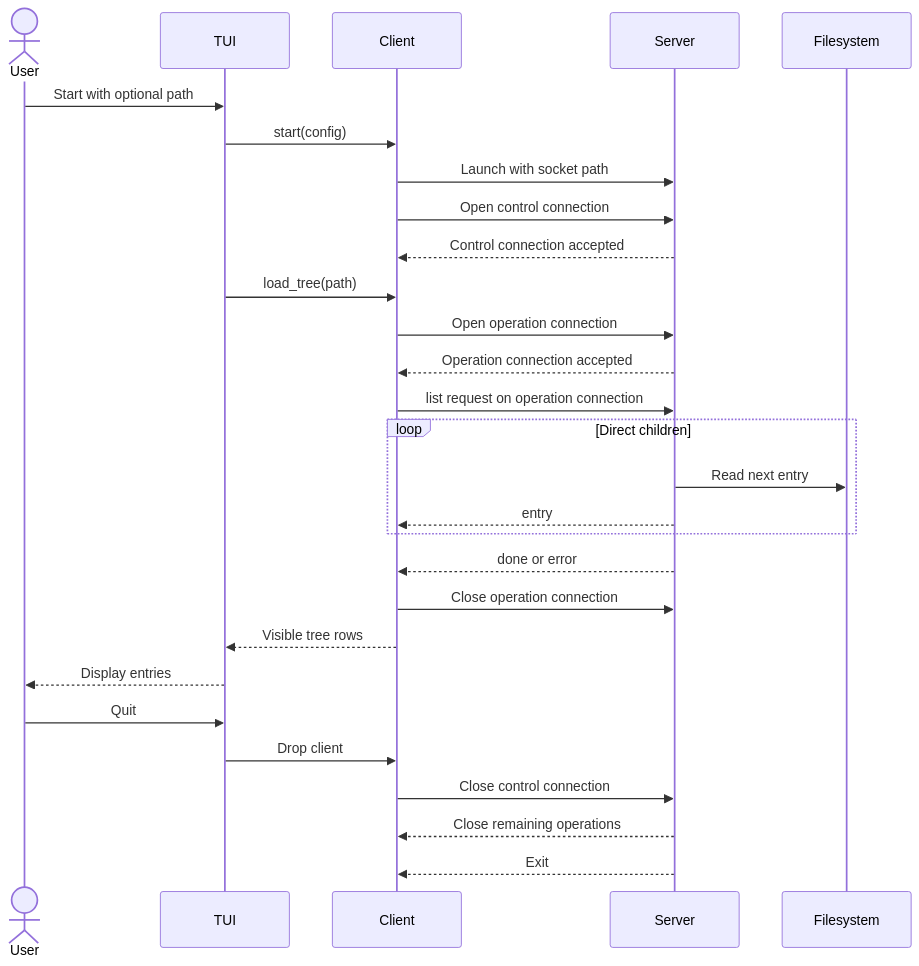
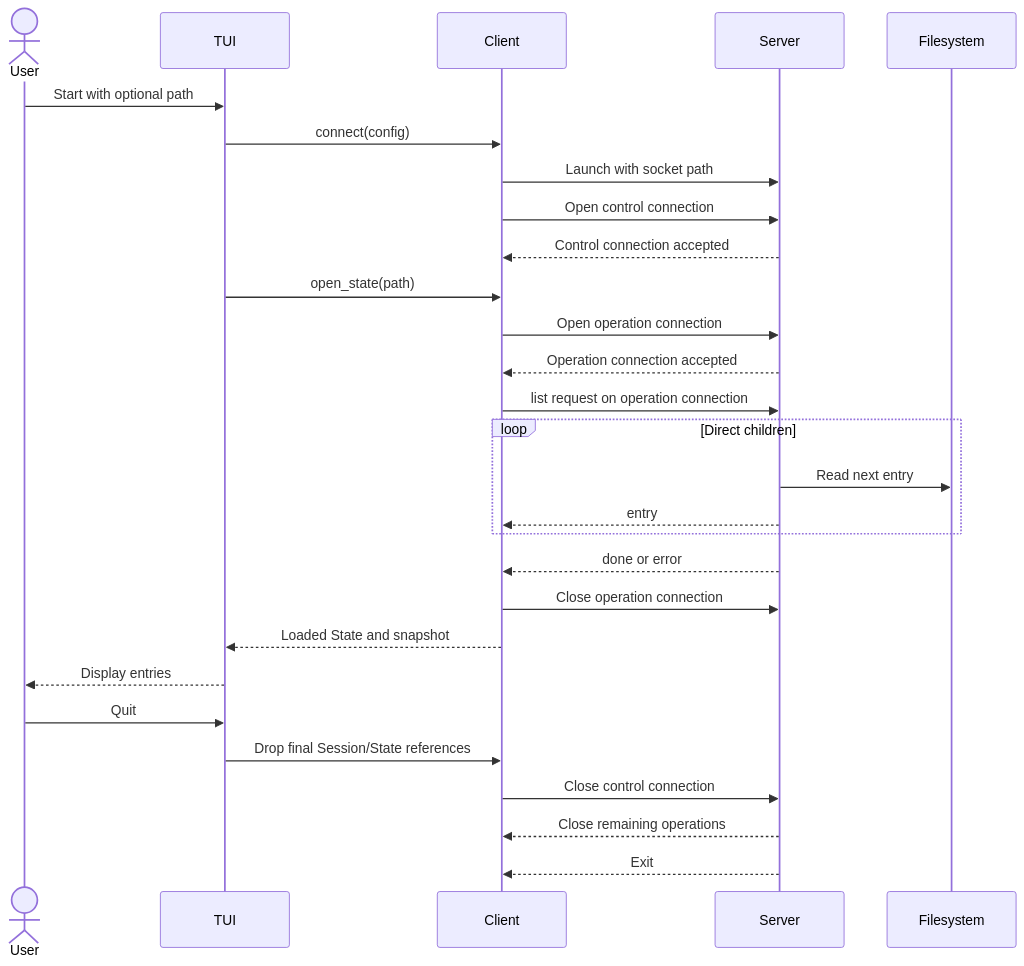
One commit to tanchihpin0517/file-peeker changed the second of 2 diagrams in docs/architecture.md. Above: the diagram before and after it, drawn with Mermaid. The commit also changed other lines of this file and 25 other files, not shown here.

````diff
--- a/docs/architecture.md
+++ b/docs/architecture.md
@@ -458,31 +497,31 @@
 ```mermaid
 sequenceDiagram
     actor User
     participant TUI
     participant Client
     participant Server
     participant FS as Filesystem
 
     User->>TUI: Start with optional path
-    TUI->>Client: start(config)
+    TUI->>Client: connect(config)
     Client->>Server: Launch with socket path
     Client->>Server: Open control connection
     Server-->>Client: Control connection accepted
-    TUI->>Client: load_tree(path)
+    TUI->>Client: open_state(path)
     Client->>Server: Open operation connection
     Server-->>Client: Operation connection accepted
     Client->>Server: list request on operation connection
     loop Direct children
         Server->>FS: Read next entry
         Server-->>Client: entry
     end
     Server-->>Client: done or error
     Client->>Server: Close operation connection
-    Client-->>TUI: Visible tree rows
+    Client-->>TUI: Loaded State and snapshot
     TUI-->>User: Display entries
     User->>TUI: Quit
-    TUI->>Client: Drop client
+    TUI->>Client: Drop final Session/State references
     Client->>Server: Close control connection
     Server-->>Client: Close remaining operations
     Server-->>Client: Exit
 ```
````
